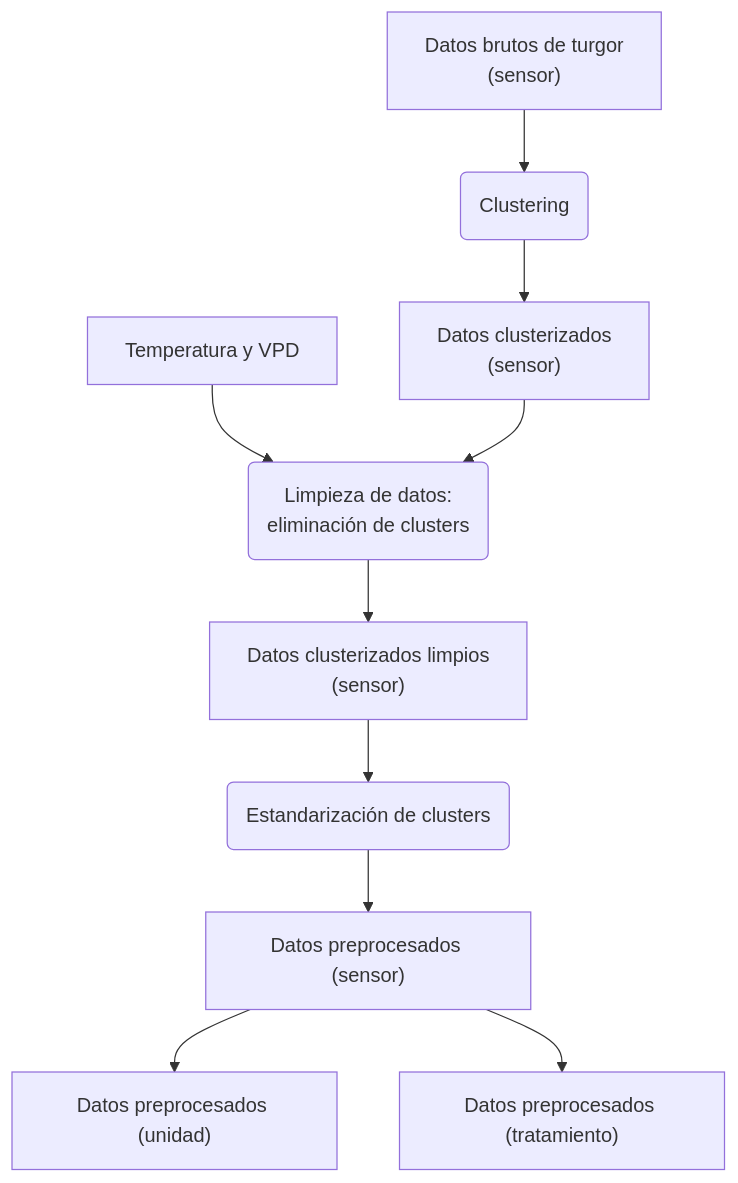
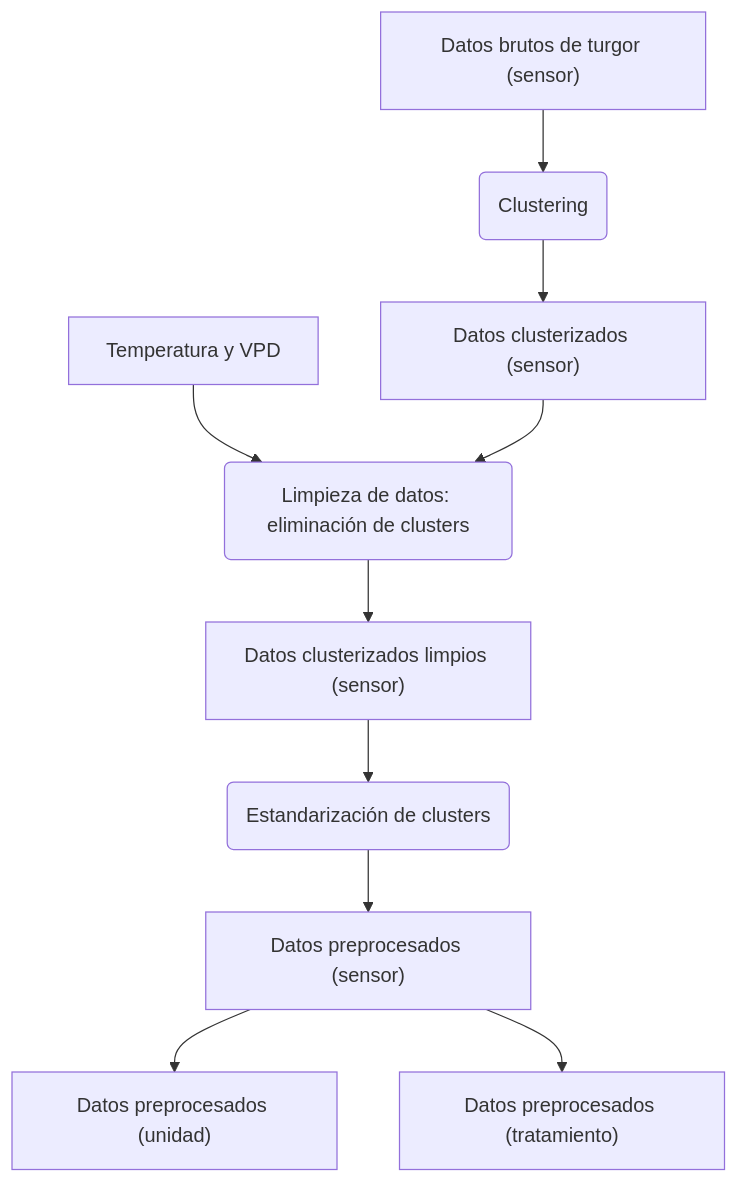
Before and after one commit to mherreradiaz/reporte_general: the diagram in 100_preproceso_turgor.qmd, drawn with Mermaid. The commit also changed 42 other files, not shown here.

````diff
--- a/100_preproceso_turgor.qmd
+++ b/100_preproceso_turgor.qmd
@@ -9,13 +9,13 @@
 ```{mermaid}
 flowchart TD
-  A["Datos brutos de turgor\n (sensor)"] --> B(Clustering)
-  B --> C["Datos clusterizados\n (sensor)"]
-  D[Temperatura y VPD] --> E("Limpieza de datos:\n eliminación de clusters")
+  A["Datos brutos de turgor (sensor)"] --> B(Clustering)
+  B --> C["Datos clusterizados (sensor)"]
+  D[Temperatura y VPD] --> E("Limpieza de datos: eliminación de clusters")
   C --> E
-  E --> F["Datos clusterizados limpios\n (sensor)"]
+  E --> F["Datos clusterizados limpios (sensor)"]
   F --> G(Estandarización de clusters)
   G --> H["Datos preprocesados (sensor)"]
   H --> I["Datos preprocesados (unidad)"]
   H --> J["Datos preprocesados (tratamiento)"]
 
 ```
````
